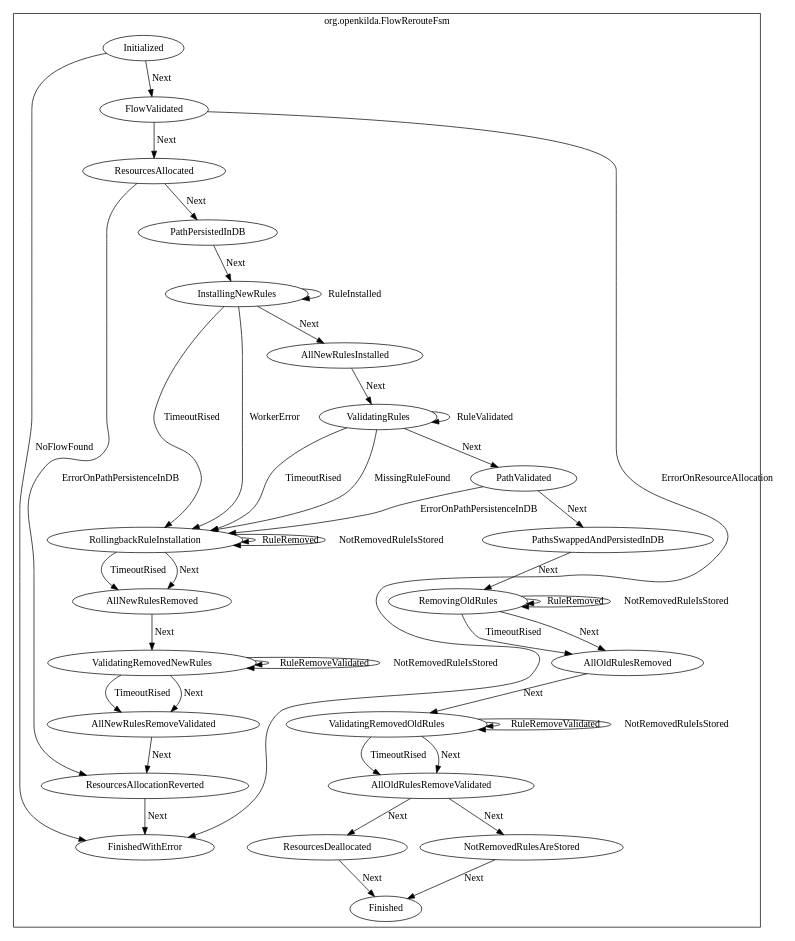
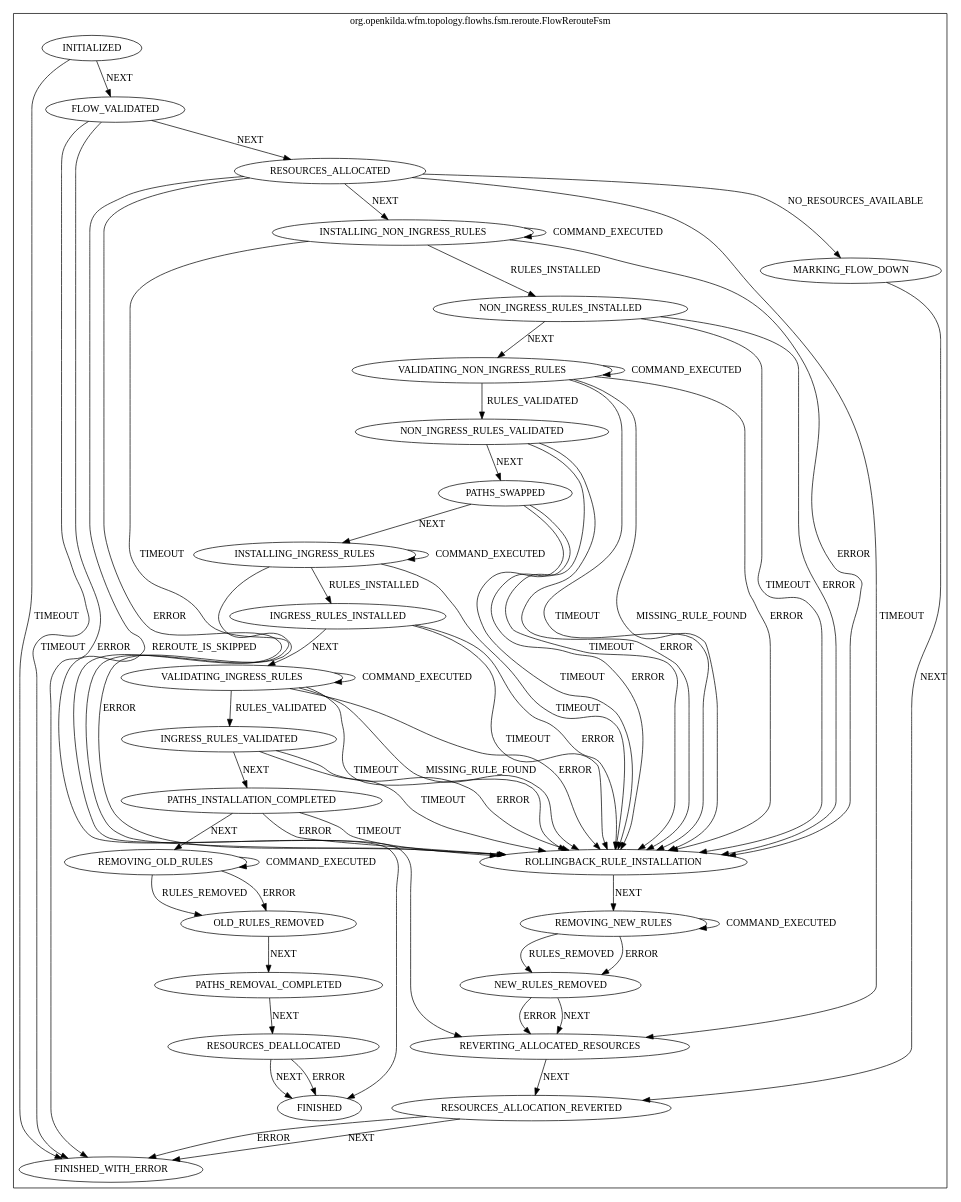
One commit to telstra/open-kilda changed the diagram in docs/design/hub-and-spoke/reroute/flow-reroute-fsm.dot. Above: the diagram before and after it, drawn with Graphviz. The commit also changed 83 other files, not shown here.

Commit message:
Implement Reroute FSM and HubBolt.

```diff
--- a/docs/design/hub-and-spoke/reroute/flow-reroute-fsm.dot
+++ b/docs/design/hub-and-spoke/reroute/flow-reroute-fsm.dot
@@ -1,75 +1,93 @@
 digraph {
 compound=true;
 subgraph cluster_StateMachine {
-label="org.openkilda.FlowRerouteFsm";
+label="org.openkilda.wfm.topology.flowhs.fsm.reroute.FlowRerouteFsm";
+OLD_RULES_REMOVED [label="OLD_RULES_REMOVED"];
+INITIALIZED [label="INITIALIZED"];
+ROLLINGBACK_RULE_INSTALLATION [label="ROLLINGBACK_RULE_INSTALLATION"];
+RESOURCES_ALLOCATION_REVERTED [label="RESOURCES_ALLOCATION_REVERTED"];
+RESOURCES_DEALLOCATED [label="RESOURCES_DEALLOCATED"];
+PATHS_INSTALLATION_COMPLETED [label="PATHS_INSTALLATION_COMPLETED"];
+NON_INGRESS_RULES_VALIDATED [label="NON_INGRESS_RULES_VALIDATED"];
+NEW_RULES_REMOVED [label="NEW_RULES_REMOVED"];
+INSTALLING_NON_INGRESS_RULES [label="INSTALLING_NON_INGRESS_RULES"];
+VALIDATING_NON_INGRESS_RULES [label="VALIDATING_NON_INGRESS_RULES"];
+PATHS_SWAPPED [label="PATHS_SWAPPED"];
+INGRESS_RULES_VALIDATED [label="INGRESS_RULES_VALIDATED"];
+NON_INGRESS_RULES_INSTALLED [label="NON_INGRESS_RULES_INSTALLED"];
+FINISHED [label="FINISHED"];
+MARKING_FLOW_DOWN [label="MARKING_FLOW_DOWN"];
+REMOVING_NEW_RULES [label="REMOVING_NEW_RULES"];
+FINISHED_WITH_ERROR [label="FINISHED_WITH_ERROR"];
+INGRESS_RULES_INSTALLED [label="INGRESS_RULES_INSTALLED"];
+REVERTING_ALLOCATED_RESOURCES [label="REVERTING_ALLOCATED_RESOURCES"];
+RESOURCES_ALLOCATED [label="RESOURCES_ALLOCATED"];
+REMOVING_OLD_RULES [label="REMOVING_OLD_RULES"];
+VALIDATING_INGRESS_RULES [label="VALIDATING_INGRESS_RULES"];
+PATHS_REMOVAL_COMPLETED [label="PATHS_REMOVAL_COMPLETED"];
+INSTALLING_INGRESS_RULES [label="INSTALLING_INGRESS_RULES"];
+FLOW_VALIDATED [label="FLOW_VALIDATED"];
 
-Initialized [label="Initialized"];
-FlowValidated [label="FlowValidated"];
-ResourcesAllocated [label="ResourcesAllocated"];
-ResourcesAllocationReverted [label="ResourcesAllocationReverted"];
-PathPersistedInDB [label="PathPersistedInDB"];
-InstallingNewRules [label="InstallingNewRules"];
-AllNewRulesInstalled [label="AllNewRulesInstalled"];
-ValidatingRules [label="ValidatingRules"];
-PathValidated [label="PathValidated"];
-PathsSwappedAndPersistedInDB [label="PathsSwappedAndPersistedInDB"];
-RemovingOldRules [label="RemovingOldRules"];
-AllOldRulesRemoved [label="AllOldRulesRemoved"];
-ValidatingRemovedOldRules [label="ValidatingRemovedOldRules"];
-AllOldRulesRemoveValidated [label="AllOldRulesRemoveValidated"];
-ResourcesDeallocated [label="ResourcesDeallocated"];
-Finished [label="Finished"];
-FinishedWithError [label="FinishedWithError"];
-RollingbackRuleInstallation [label="RollingbackRuleInstallation"];
-AllNewRulesRemoved [label="AllNewRulesRemoved"];
-ValidatingRemovedNewRules [label="ValidatingRemovedNewRules"];
-AllNewRulesRemoveValidated [label="AllNewRulesRemoveValidated"];
-NotRemovedRulesAreStored [label="NotRemovedRulesAreStored"];
-
-
-Initialized -> FlowValidated [ label="Next"];
-Initialized -> FinishedWithError [ label="NoFlowFound"];
-FlowValidated -> ResourcesAllocated [ label="Next"];
-FlowValidated -> FinishedWithError [ label="ErrorOnResourceAllocation"];
-ResourcesAllocated -> PathPersistedInDB [ label="Next"];
-ResourcesAllocated -> ResourcesAllocationReverted [ label="ErrorOnPathPersistenceInDB"];
-PathPersistedInDB -> InstallingNewRules [ label="Next"];
-InstallingNewRules -> InstallingNewRules [ label="RuleInstalled"];
-InstallingNewRules -> RollingbackRuleInstallation [ label="TimeoutRised"];
-InstallingNewRules -> RollingbackRuleInstallation [ label="WorkerError"];
-InstallingNewRules -> AllNewRulesInstalled [ label="Next"];
-AllNewRulesInstalled -> ValidatingRules [ label="Next"];
-ValidatingRules -> ValidatingRules [ label="RuleValidated"];
-ValidatingRules -> PathValidated [ label="Next"];
-ValidatingRules -> RollingbackRuleInstallation [ label="TimeoutRised"];
-ValidatingRules -> RollingbackRuleInstallation [ label="MissingRuleFound"];
-PathValidated -> PathsSwappedAndPersistedInDB [ label="Next"];
-PathValidated -> RollingbackRuleInstallation [ label="ErrorOnPathPersistenceInDB"];
-PathsSwappedAndPersistedInDB -> RemovingOldRules [ label="Next"];
-RemovingOldRules -> RemovingOldRules [ label="RuleRemoved"];
-RemovingOldRules -> RemovingOldRules [ label="NotRemovedRuleIsStored"];
-RemovingOldRules -> AllOldRulesRemoved [ label="Next"];
-RemovingOldRules -> AllOldRulesRemoved [ label="TimeoutRised"];
-AllOldRulesRemoved -> ValidatingRemovedOldRules [ label="Next"];
-ValidatingRemovedOldRules -> ValidatingRemovedOldRules [ label="RuleRemoveValidated"];
-ValidatingRemovedOldRules -> ValidatingRemovedOldRules [ label="NotRemovedRuleIsStored"];
-ValidatingRemovedOldRules -> AllOldRulesRemoveValidated [ label="Next"];
-ValidatingRemovedOldRules -> AllOldRulesRemoveValidated [ label="TimeoutRised"];
-AllOldRulesRemoveValidated -> ResourcesDeallocated [ label="Next"];
-AllOldRulesRemoveValidated -> NotRemovedRulesAreStored [ label="Next"];
-NotRemovedRulesAreStored -> Finished [ label="Next"];
-ResourcesDeallocated -> Finished [ label="Next"];
-
-RollingbackRuleInstallation -> RollingbackRuleInstallation [ label="RuleRemoved"];
-RollingbackRuleInstallation -> RollingbackRuleInstallation [ label="NotRemovedRuleIsStored"];
-RollingbackRuleInstallation -> AllNewRulesRemoved [ label="Next"];
-RollingbackRuleInstallation -> AllNewRulesRemoved [ label="TimeoutRised"];
-AllNewRulesRemoved -> ValidatingRemovedNewRules [ label="Next"];
-ValidatingRemovedNewRules -> ValidatingRemovedNewRules [ label="RuleRemoveValidated"];
-ValidatingRemovedNewRules -> ValidatingRemovedNewRules [ label="NotRemovedRuleIsStored"];
-ValidatingRemovedNewRules -> AllNewRulesRemoveValidated [ label="Next"];
-ValidatingRemovedNewRules -> AllNewRulesRemoveValidated [ label="TimeoutRised"];
-AllNewRulesRemoveValidated -> ResourcesAllocationReverted [ label="Next"];
-
-ResourcesAllocationReverted -> FinishedWithError [ label="Next"];
-}}
+OLD_RULES_REMOVED -> PATHS_REMOVAL_COMPLETED [ label="NEXT"];
+INITIALIZED -> FLOW_VALIDATED [ label="NEXT"];
+INITIALIZED -> FINISHED_WITH_ERROR [ label="TIMEOUT"];
+ROLLINGBACK_RULE_INSTALLATION -> REMOVING_NEW_RULES [ label="NEXT"];
+RESOURCES_ALLOCATION_REVERTED -> FINISHED_WITH_ERROR [ label="NEXT"];
+RESOURCES_ALLOCATION_REVERTED -> FINISHED_WITH_ERROR [ label="ERROR"];
+RESOURCES_DEALLOCATED -> FINISHED [ label="NEXT"];
+RESOURCES_DEALLOCATED -> FINISHED [ label="ERROR"];
+PATHS_INSTALLATION_COMPLETED -> REMOVING_OLD_RULES [ label="NEXT"];
+PATHS_INSTALLATION_COMPLETED -> ROLLINGBACK_RULE_INSTALLATION [ label="TIMEOUT"];
+PATHS_INSTALLATION_COMPLETED -> ROLLINGBACK_RULE_INSTALLATION [ label="ERROR"];
+NON_INGRESS_RULES_VALIDATED -> PATHS_SWAPPED [ label="NEXT"];
+NON_INGRESS_RULES_VALIDATED -> ROLLINGBACK_RULE_INSTALLATION [ label="TIMEOUT"];
+NON_INGRESS_RULES_VALIDATED -> ROLLINGBACK_RULE_INSTALLATION [ label="ERROR"];
+NEW_RULES_REMOVED -> REVERTING_ALLOCATED_RESOURCES [ label="NEXT"];
+NEW_RULES_REMOVED -> REVERTING_ALLOCATED_RESOURCES [ label="ERROR"];
+INSTALLING_NON_INGRESS_RULES -> INSTALLING_NON_INGRESS_RULES [ label="COMMAND_EXECUTED"];
+INSTALLING_NON_INGRESS_RULES -> NON_INGRESS_RULES_INSTALLED [ label="RULES_INSTALLED"];
+INSTALLING_NON_INGRESS_RULES -> ROLLINGBACK_RULE_INSTALLATION [ label="TIMEOUT"];
+INSTALLING_NON_INGRESS_RULES -> ROLLINGBACK_RULE_INSTALLATION [ label="ERROR"];
+VALIDATING_NON_INGRESS_RULES -> VALIDATING_NON_INGRESS_RULES [ label="COMMAND_EXECUTED"];
+VALIDATING_NON_INGRESS_RULES -> NON_INGRESS_RULES_VALIDATED [ label="RULES_VALIDATED"];
+VALIDATING_NON_INGRESS_RULES -> ROLLINGBACK_RULE_INSTALLATION [ label="TIMEOUT"];
+VALIDATING_NON_INGRESS_RULES -> ROLLINGBACK_RULE_INSTALLATION [ label="MISSING_RULE_FOUND"];
+VALIDATING_NON_INGRESS_RULES -> ROLLINGBACK_RULE_INSTALLATION [ label="ERROR"];
+PATHS_SWAPPED -> INSTALLING_INGRESS_RULES [ label="NEXT"];
+PATHS_SWAPPED -> ROLLINGBACK_RULE_INSTALLATION [ label="TIMEOUT"];
+PATHS_SWAPPED -> ROLLINGBACK_RULE_INSTALLATION [ label="ERROR"];
+INGRESS_RULES_VALIDATED -> PATHS_INSTALLATION_COMPLETED [ label="NEXT"];
+INGRESS_RULES_VALIDATED -> ROLLINGBACK_RULE_INSTALLATION [ label="TIMEOUT"];
+INGRESS_RULES_VALIDATED -> ROLLINGBACK_RULE_INSTALLATION [ label="ERROR"];
+NON_INGRESS_RULES_INSTALLED -> VALIDATING_NON_INGRESS_RULES [ label="NEXT"];
+NON_INGRESS_RULES_INSTALLED -> ROLLINGBACK_RULE_INSTALLATION [ label="TIMEOUT"];
+NON_INGRESS_RULES_INSTALLED -> ROLLINGBACK_RULE_INSTALLATION [ label="ERROR"];
+MARKING_FLOW_DOWN -> RESOURCES_ALLOCATION_REVERTED [ label="NEXT"];
+REMOVING_NEW_RULES -> REMOVING_NEW_RULES [ label="COMMAND_EXECUTED"];
+REMOVING_NEW_RULES -> NEW_RULES_REMOVED [ label="RULES_REMOVED"];
+REMOVING_NEW_RULES -> NEW_RULES_REMOVED [ label="ERROR"];
+INGRESS_RULES_INSTALLED -> VALIDATING_INGRESS_RULES [ label="NEXT"];
+INGRESS_RULES_INSTALLED -> ROLLINGBACK_RULE_INSTALLATION [ label="TIMEOUT"];
+INGRESS_RULES_INSTALLED -> ROLLINGBACK_RULE_INSTALLATION [ label="ERROR"];
+REVERTING_ALLOCATED_RESOURCES -> RESOURCES_ALLOCATION_REVERTED [ label="NEXT"];
+RESOURCES_ALLOCATED -> INSTALLING_NON_INGRESS_RULES [ label="NEXT"];
+RESOURCES_ALLOCATED -> MARKING_FLOW_DOWN [ label="NO_RESOURCES_AVAILABLE"];
+RESOURCES_ALLOCATED -> FINISHED [ label="REROUTE_IS_SKIPPED"];
+RESOURCES_ALLOCATED -> REVERTING_ALLOCATED_RESOURCES [ label="TIMEOUT"];
+RESOURCES_ALLOCATED -> REVERTING_ALLOCATED_RESOURCES [ label="ERROR"];
+REMOVING_OLD_RULES -> REMOVING_OLD_RULES [ label="COMMAND_EXECUTED"];
+REMOVING_OLD_RULES -> OLD_RULES_REMOVED [ label="RULES_REMOVED"];
+REMOVING_OLD_RULES -> OLD_RULES_REMOVED [ label="ERROR"];
+VALIDATING_INGRESS_RULES -> VALIDATING_INGRESS_RULES [ label="COMMAND_EXECUTED"];
+VALIDATING_INGRESS_RULES -> INGRESS_RULES_VALIDATED [ label="RULES_VALIDATED"];
+VALIDATING_INGRESS_RULES -> ROLLINGBACK_RULE_INSTALLATION [ label="TIMEOUT"];
+VALIDATING_INGRESS_RULES -> ROLLINGBACK_RULE_INSTALLATION [ label="MISSING_RULE_FOUND"];
+VALIDATING_INGRESS_RULES -> ROLLINGBACK_RULE_INSTALLATION [ label="ERROR"];
+PATHS_REMOVAL_COMPLETED -> RESOURCES_DEALLOCATED [ label="NEXT"];
+INSTALLING_INGRESS_RULES -> INSTALLING_INGRESS_RULES [ label="COMMAND_EXECUTED"];
+INSTALLING_INGRESS_RULES -> INGRESS_RULES_INSTALLED [ label="RULES_INSTALLED"];
+INSTALLING_INGRESS_RULES -> ROLLINGBACK_RULE_INSTALLATION [ label="TIMEOUT"];
+INSTALLING_INGRESS_RULES -> ROLLINGBACK_RULE_INSTALLATION [ label="ERROR"];
+FLOW_VALIDATED -> RESOURCES_ALLOCATED [ label="NEXT"];
+FLOW_VALIDATED -> FINISHED_WITH_ERROR [ label="TIMEOUT"];
+FLOW_VALIDATED -> FINISHED_WITH_ERROR [ label="ERROR"];}}
```
